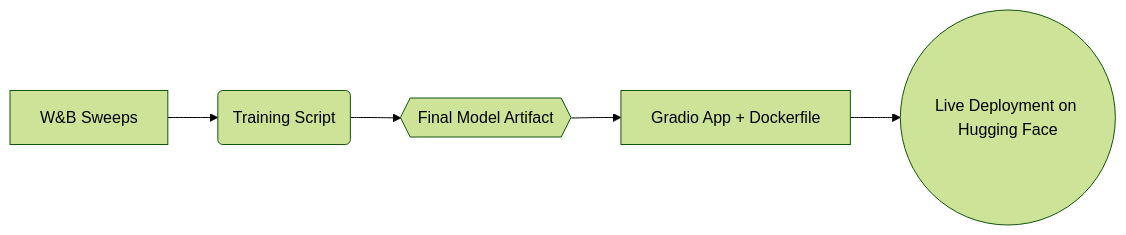
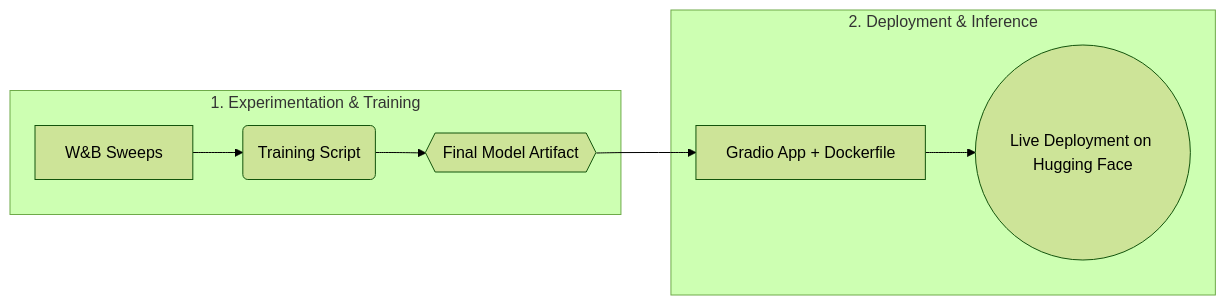
The diagram in README.md (nicdeluc/pet-breed-classifier), drawn with Mermaid (forest theme) before and after one commit. The commit also changed other lines of this file, not shown here.

Commit message:
Improve README

````diff
--- a/README.md
+++ b/README.md
@@ -54,7 +54,12 @@
 ```mermaid
-flowchart LR
-    A[W&B Sweeps] --> B(Training Script);
-    B --> C{{Final Model Artifact}};
-    C --> D[Gradio App + Dockerfile];
-    D --> E((Live Deployment on Hugging Face));
+graph LR
+    subgraph "1. Experimentation & Training"
+        A[W&B Sweeps] --> B(Training Script);
+        B --> C{{Final Model Artifact}};
+    end
+
+    subgraph "2. Deployment & Inference"
+        C --> D[Gradio App + Dockerfile];
+        D --> E((Live Deployment on Hugging Face));
+    end
 ```
````
